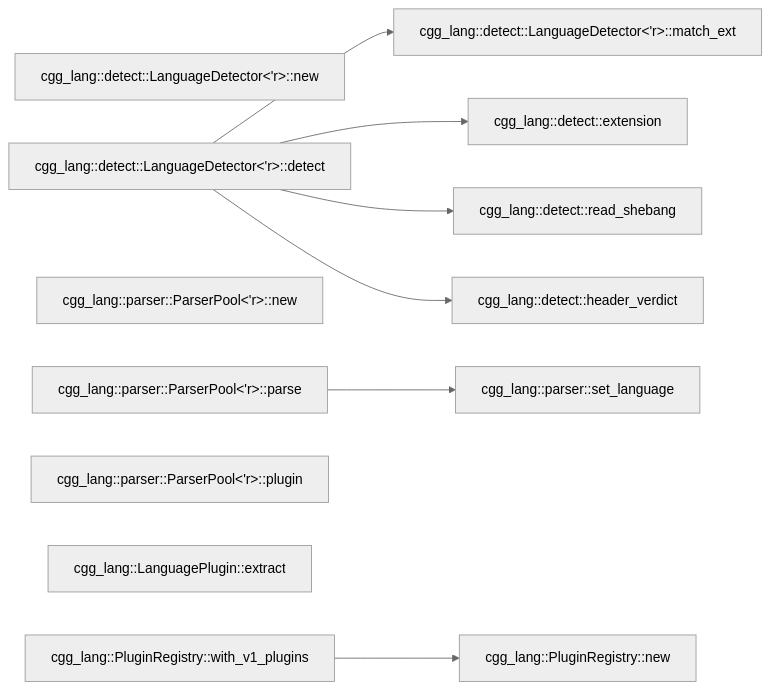
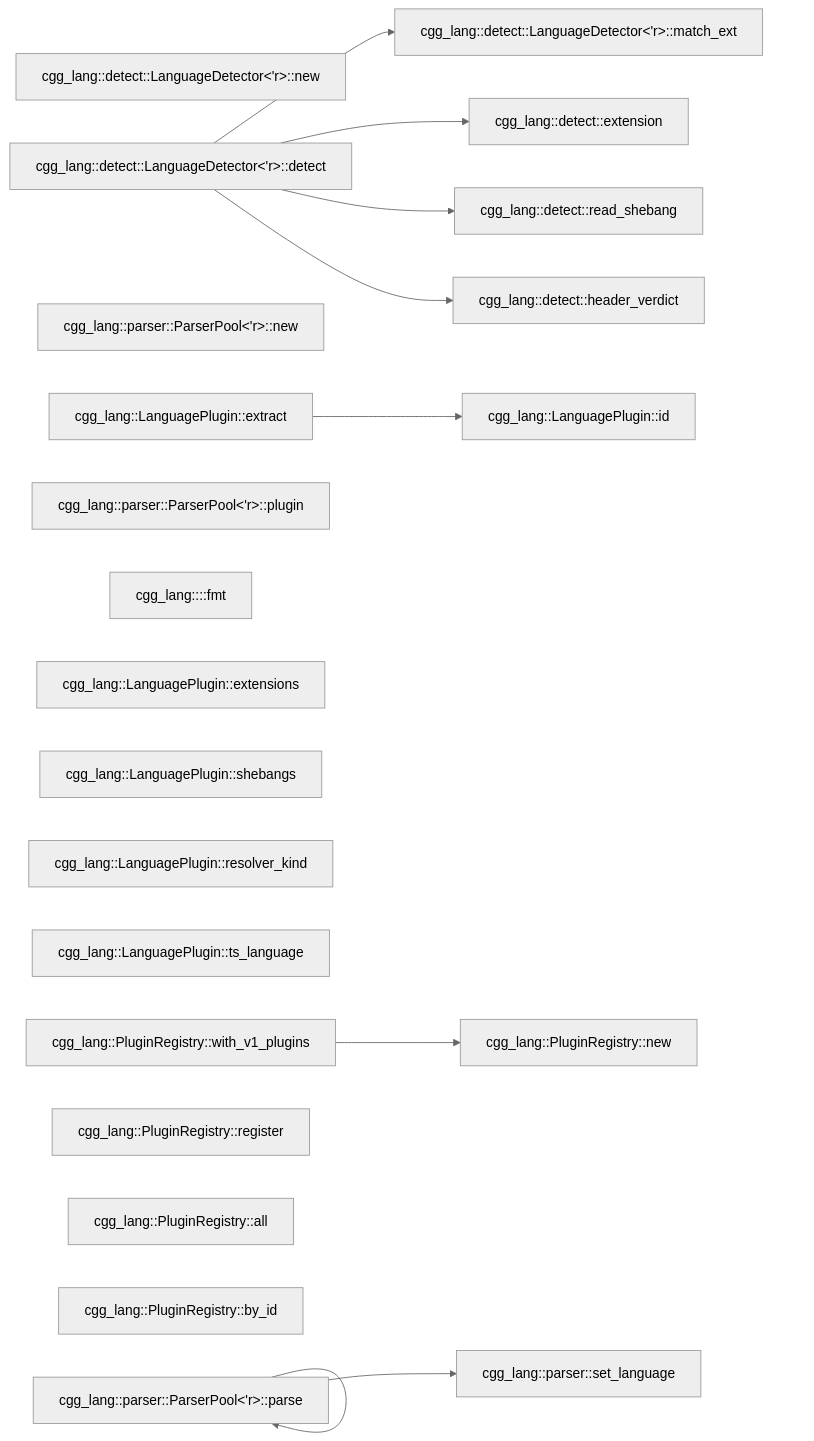
One commit to NeuralNotwerk/cgg changed the third of 3 diagrams in README.md. Above: the diagram before and after it, drawn with Mermaid (neutral theme). The commit also changed other lines of this file, not shown here.

Commit message:
docs: rewrite README to emphasize mermaid-first agent-consumable call graphs

````diff
--- a/README.md
+++ b/README.md
@@ -201,22 +261,33 @@
 ```mermaid
 flowchart LR
   C0["cgg_lang::detect::LanguageDetector<'r>::new"]
   C1["cgg_lang::detect::LanguageDetector<'r>::detect"]
   C2["cgg_lang::detect::LanguageDetector<'r>::match_ext"]
   C3["cgg_lang::detect::extension"]
   C4["cgg_lang::detect::read_shebang"]
   C5["cgg_lang::detect::header_verdict"]
   C14["cgg_lang::parser::ParserPool<'r>::new"]
   C15["cgg_lang::parser::ParserPool<'r>::parse"]
   C16["cgg_lang::parser::ParserPool<'r>::plugin"]
   C17["cgg_lang::parser::set_language"]
+  C21["cgg_lang::<ResolverKind as fmt::Display>::fmt"]
+  C22["cgg_lang::LanguagePlugin::id"]
+  C23["cgg_lang::LanguagePlugin::extensions"]
+  C24["cgg_lang::LanguagePlugin::shebangs"]
+  C25["cgg_lang::LanguagePlugin::resolver_kind"]
+  C26["cgg_lang::LanguagePlugin::ts_language"]
   C27["cgg_lang::LanguagePlugin::extract"]
   C28["cgg_lang::PluginRegistry::new"]
+  C29["cgg_lang::PluginRegistry::register"]
+  C30["cgg_lang::PluginRegistry::all"]
+  C31["cgg_lang::PluginRegistry::by_id"]
   C32["cgg_lang::PluginRegistry::with_v1_plugins"]
   C1 --> C2
   C1 --> C3
   C1 --> C4
   C1 --> C5
+  C15 --> C15
   C15 --> C17
+  C27 --> C22
   C32 --> C28
 ```
````
